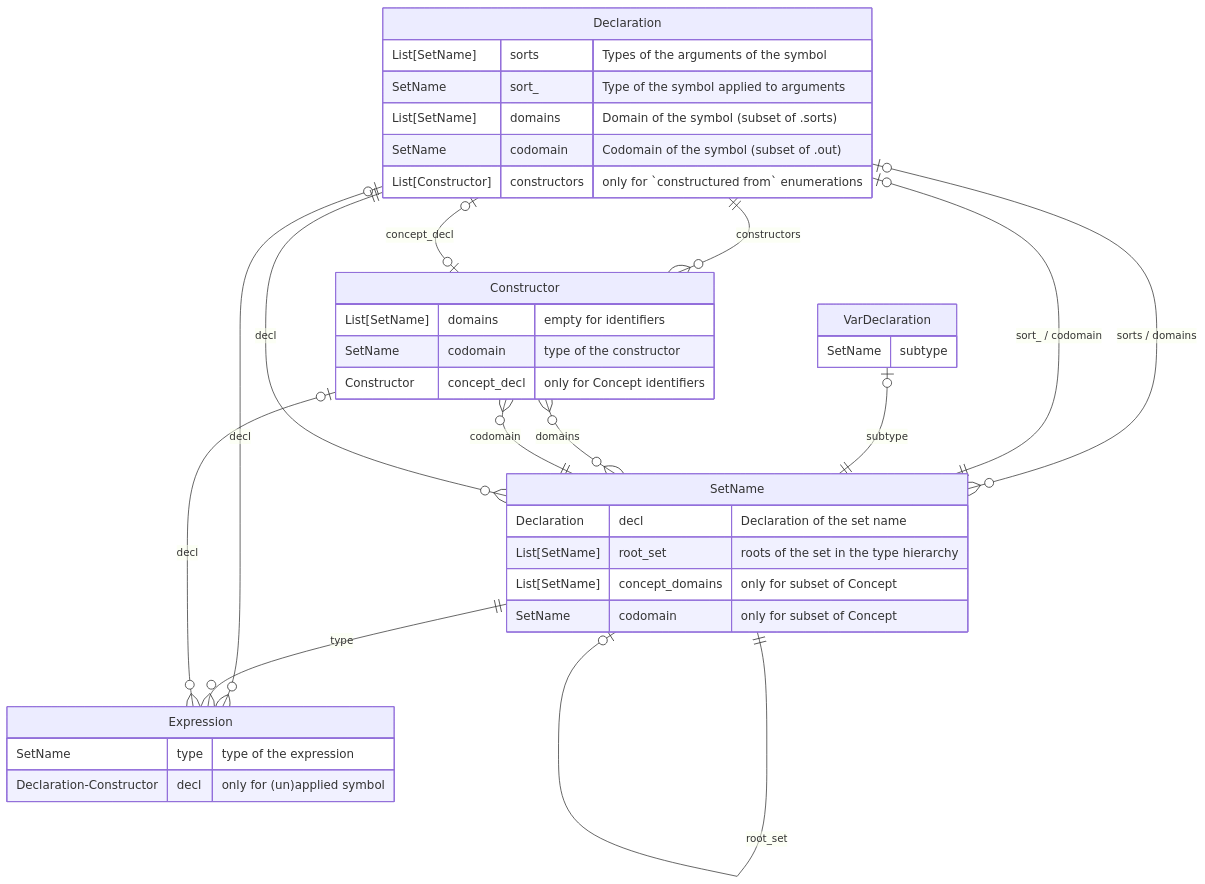
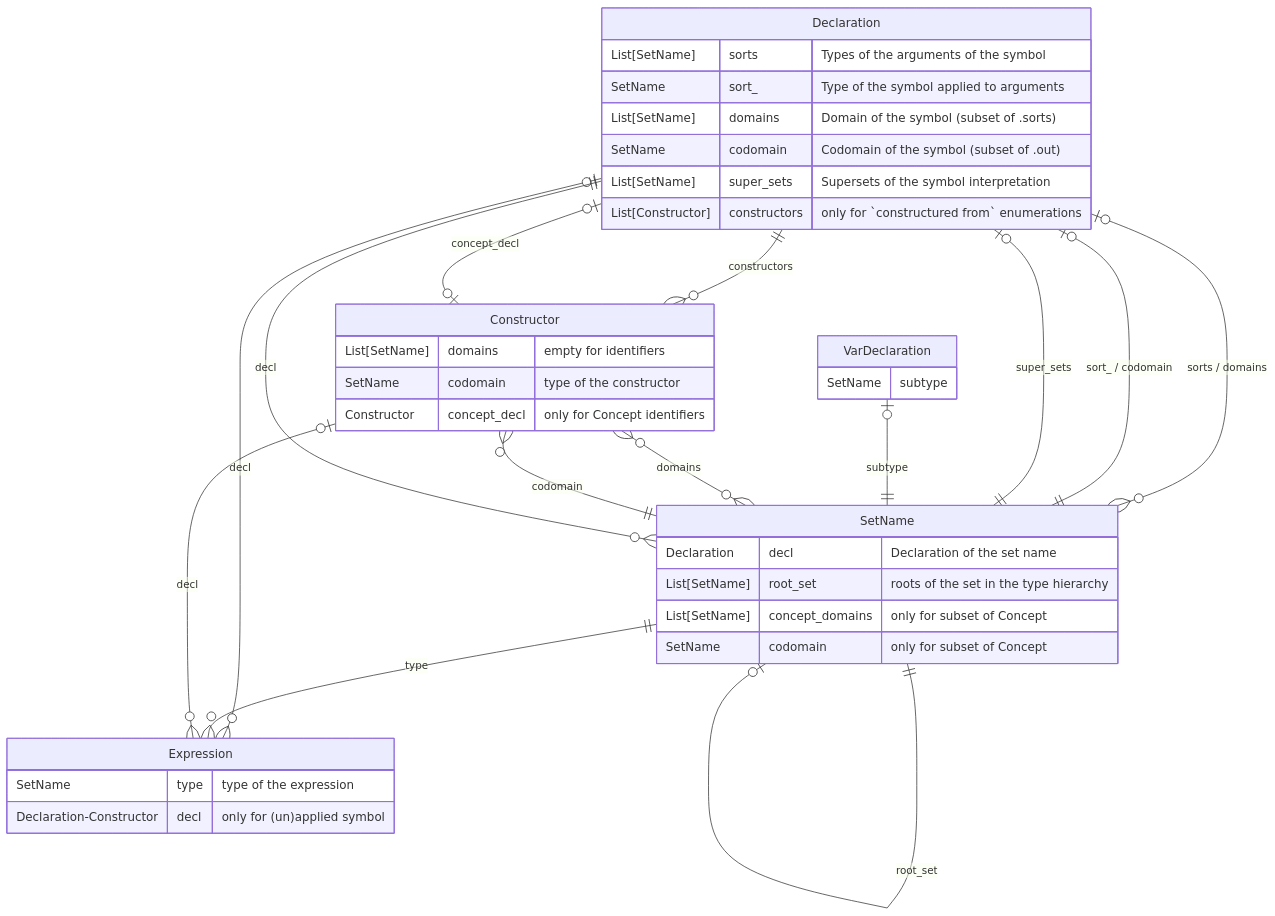
One commit to Sobhangh/IDP-Z3 changed the diagram in docs/Diagrams.md. Above: the diagram before and after it, drawn with Mermaid. The commit also changed 13 other files, not shown here.

Commit message:
symbDecl.super_sets

````diff
--- a/docs/Diagrams.md
+++ b/docs/Diagrams.md
@@ -8,43 +8,45 @@
 ```{mermaid}
 erDiagram
     Declaration |o--o{ SetName : "sorts / domains"
     Declaration |o--|| SetName: "sort_ / codomain"
+    Declaration |o--|| SetName: "super_sets"
     Declaration |o--o{ Expression: decl
     VarDeclaration |o--|| SetName: subtype
     SetName }o--|| Declaration: decl
     SetName |o--o{ SetName: concept_domains
     SetName |o--o| SetName: codomain
     SetName ||--o{ Expression: type
     SetName ||--o| SetName: root_set
     Constructor }o--o{ SetName : domains
     Constructor }o--|| SetName : codomain
     Constructor |o--o| Declaration: concept_decl
     Constructor |o--o{ Expression: decl
     Declaration ||--o{ Constructor: constructors
 
     Declaration {
-        List[SetName]   sorts   "Types of the arguments of the symbol"
-        SetName         sort_     "Type of the symbol applied to arguments"
-        List[SetName]   domains "Domain of the symbol (subset of .sorts)"
-        SetName         codomain "Codomain of the symbol (subset of .out)"
+        List[SetName]   sorts           "Types of the arguments of the symbol"
+        SetName         sort_           "Type of the symbol applied to arguments"
+        List[SetName]   domains         "Domain of the symbol (subset of .sorts)"
+        SetName         codomain        "Codomain of the symbol (subset of .out)"
+        List[SetName]   super_sets      "Supersets of the symbol interpretation"
         List[Constructor] constructors "only for `constructured from` enumerations"
     }
     VarDeclaration {
         SetName subtype
     }
     SetName {
         Declaration     decl        "Declaration of the set name"
         List[SetName]   root_set    "roots of the set in the type hierarchy"
         List[SetName]   concept_domains "only for subset of Concept"
         SetName         codomain    "only for subset of Concept"
     }
     Expression {
         SetName                 type "type of the expression"
         Declaration-Constructor decl "only for (un)applied symbol"
     }
     Constructor {
         List[SetName]   domains     "empty for identifiers"
         SetName         codomain    "type of the constructor"
         Constructor     concept_decl "only for Concept identifiers"
     }
 ```
````
